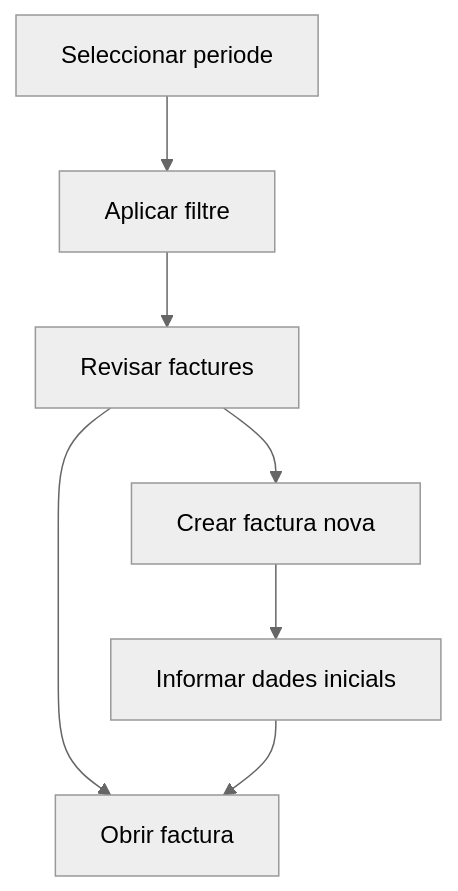
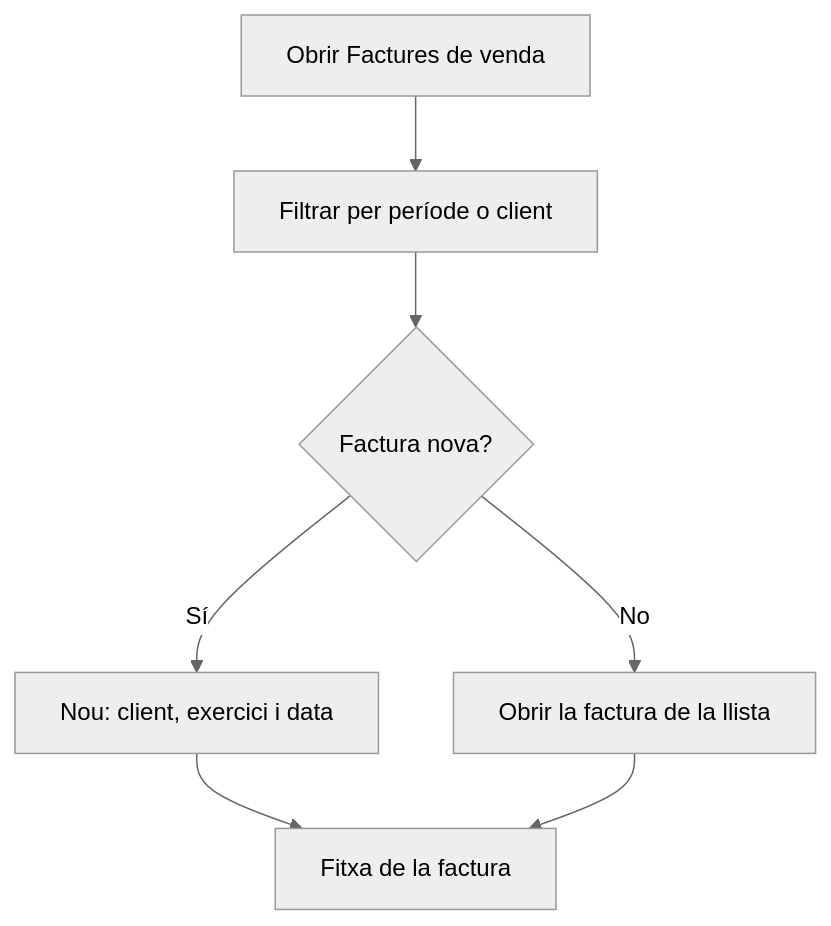
The diagram in frontend/src/help/ca/sales/salesinvoice/list.md (MGurtD/lilith), drawn with Mermaid (neutral theme) before and after one commit. The commit also changed other lines of this file and 331 other files, not shown here.

````diff
--- a/frontend/src/help/ca/sales/salesinvoice/list.md
+++ b/frontend/src/help/ca/sales/salesinvoice/list.md
@@ -40,9 +45,9 @@
 ```mermaid
 flowchart TD
-    A[Seleccionar periode] --> B[Aplicar filtre]
-    B --> C[Revisar factures]
-    C --> D[Obrir factura]
-    C --> E[Crear factura nova]
-    E --> F[Informar dades inicials]
-    F --> D
+    A[Obrir Factures de venda] --> B[Filtrar per període o client]
+    B --> C{Factura nova?}
+    C -->|Sí| D[Nou: client, exercici i data]
+    D --> E[Fitxa de la factura]
+    C -->|No| F[Obrir la factura de la llista]
+    F --> E
 ```
````
